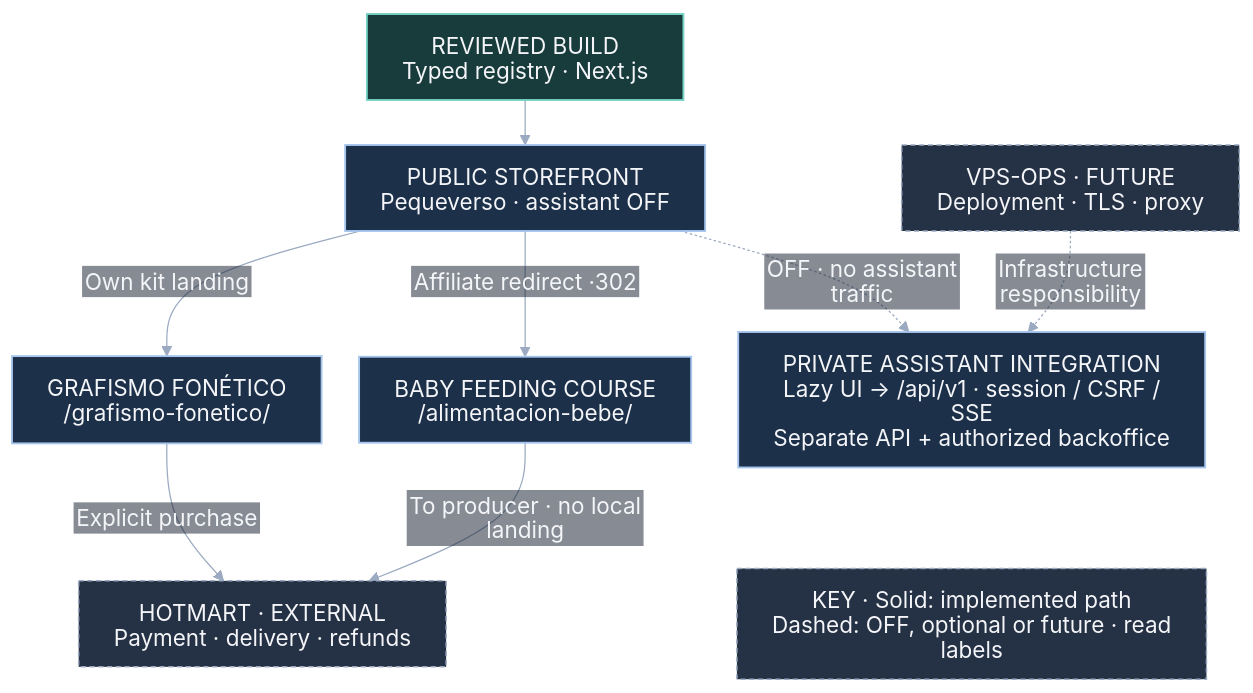
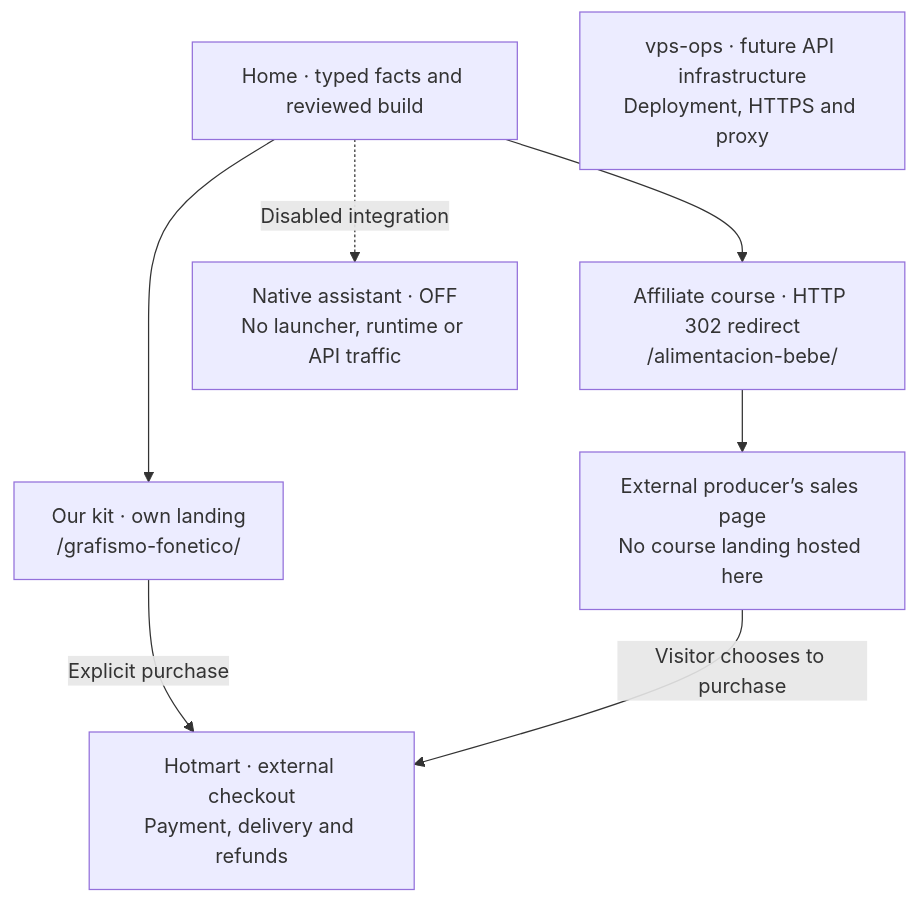
The diagram in docs/architecture/system-dark.mmd (gonzalomartinperez/pequeverso), drawn with Mermaid before and after one commit. The commit also changed 6 other files, not shown here.

First line of the commit message:
docs: author readable storefront architecture diagrams

```diff
--- a/docs/architecture/system-dark.mmd
+++ b/docs/architecture/system-dark.mmd
@@ -1,21 +1,10 @@
----
-{"config": {"theme": "base", "look": "classic", "fontFamily": "Arial, sans-serif", "htmlLabels": false, "themeVariables": {"background": "#101b2b", "primaryTextColor": "#f4f5f8", "lineColor": "#9baac0", "clusterBkg": "#101b2b", "clusterBorder": "#9baac0", "edgeLabelBackground": "#101b2b", "fontSize": "18px", "textColor": "#f4f5f8", "titleColor": "#f4f5f8", "nodeTextColor": "#f4f5f8", "clusterTextColor": "#f4f5f8"}, "flowchart": {"curve": "basis", "nodeSpacing": 30, "rankSpacing": 36, "padding": 14, "htmlLabels": false, "wrappingWidth": 340}, "markdownAutoWrap": false, "themeCSS": ".cluster-label text,.nodeLabel,.edgeLabel text,.label text{fill:#f4f5f8!important;} .edgeLabel rect,.edgeLabel polygon{fill:#101b2b!important;opacity:1!important;}"}}
----
 flowchart TB
-  accTitle: Pequeverso storefront components and boundaries
-  accDescr: Public store with separate kit landing and affiliate redirect. Private native assistant remains disabled. Hotmart owns commerce. vps-ops owns future infrastructure.
-  Build["REVIEWED BUILD<br/>Typed registry · Next.js"] --> Store["PUBLIC STOREFRONT<br/>Pequeverso · assistant OFF"]
-  Store -->|"Own kit landing"| Kit["GRAFISMO FONÉTICO<br/>/grafismo-fonetico/"]
-  Store -->|"Affiliate redirect ·302"| Course["BABY FEEDING COURSE<br/>/alimentacion-bebe/"]
-  Kit -->|"Explicit purchase"| Hotmart["HOTMART · EXTERNAL<br/>Payment · delivery · refunds"]
-  Course -->|"To producer · no local landing"| Hotmart
-  Store -. "OFF · no assistant traffic" .-> Native["PRIVATE ASSISTANT INTEGRATION<br/>Lazy UI → /api/v1 · session / CSRF / SSE<br/>Separate API + authorized backoffice"]
-  Ops["VPS-OPS · FUTURE<br/>Deployment · TLS · proxy"] -. "Infrastructure responsibility" .-> Native
-  Native ~~~ Legend["KEY · Solid: implemented path<br/>Dashed: OFF, optional or future · read labels"]
-  class Store,Kit,Course,Native app
-  class Build data
-  class Hotmart,Ops,Legend external
-  classDef person fill:#423620,stroke:#a6c5ed,color:#f4f5f8,stroke-width:1.5px;
-  classDef app fill:#1c3049,stroke:#a6c5ed,color:#f4f5f8,stroke-width:1.5px;
-  classDef data fill:#183b3b,stroke:#77d3c4,color:#f4f5f8,stroke-width:1.5px;
-  classDef external fill:#253144,stroke:#9baac0,color:#f4f5f8,stroke-width:1.2px,stroke-dasharray:4 3;
+  accTitle: Pequeverso storefront product paths and disabled assistant
+  accDescr: Home opens the kit landing or affiliate redirect. The external producer has its own sales page. Visitors explicitly choose Hotmart checkout. The assistant stays disabled and deployment belongs to vps-ops.
+  Home["Home · typed facts and reviewed build"] --> Kit["Our kit · own landing<br/>/grafismo-fonetico/"]
+  Home --> Course["Affiliate course · HTTP 302 redirect<br/>/alimentacion-bebe/"]
+  Kit -->|Explicit purchase| Checkout["Hotmart · external checkout<br/>Payment, delivery and refunds"]
+  Course --> Producer["External producer’s sales page<br/>No course landing hosted here"]
+  Producer -->|Visitor chooses to purchase| Checkout
+  Home -. Disabled integration .-> Assistant["Native assistant · OFF<br/>No launcher, runtime or API traffic"]
+  Ops["vps-ops · future API infrastructure<br/>Deployment, HTTPS and proxy"]
```
